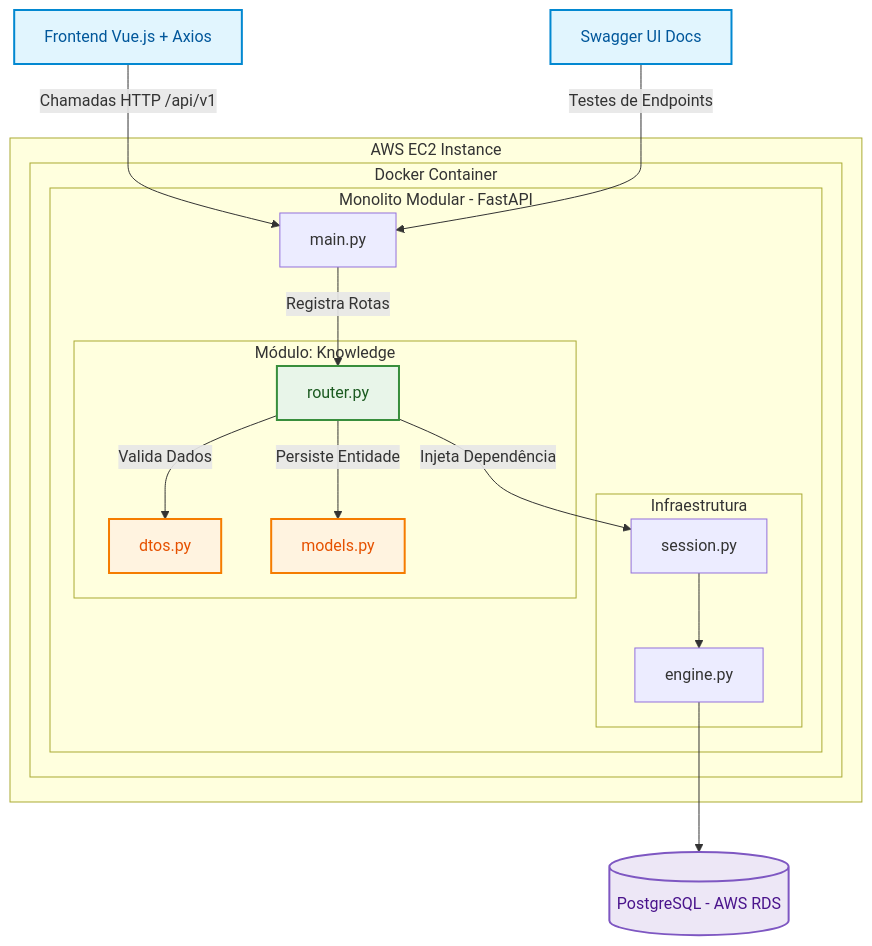
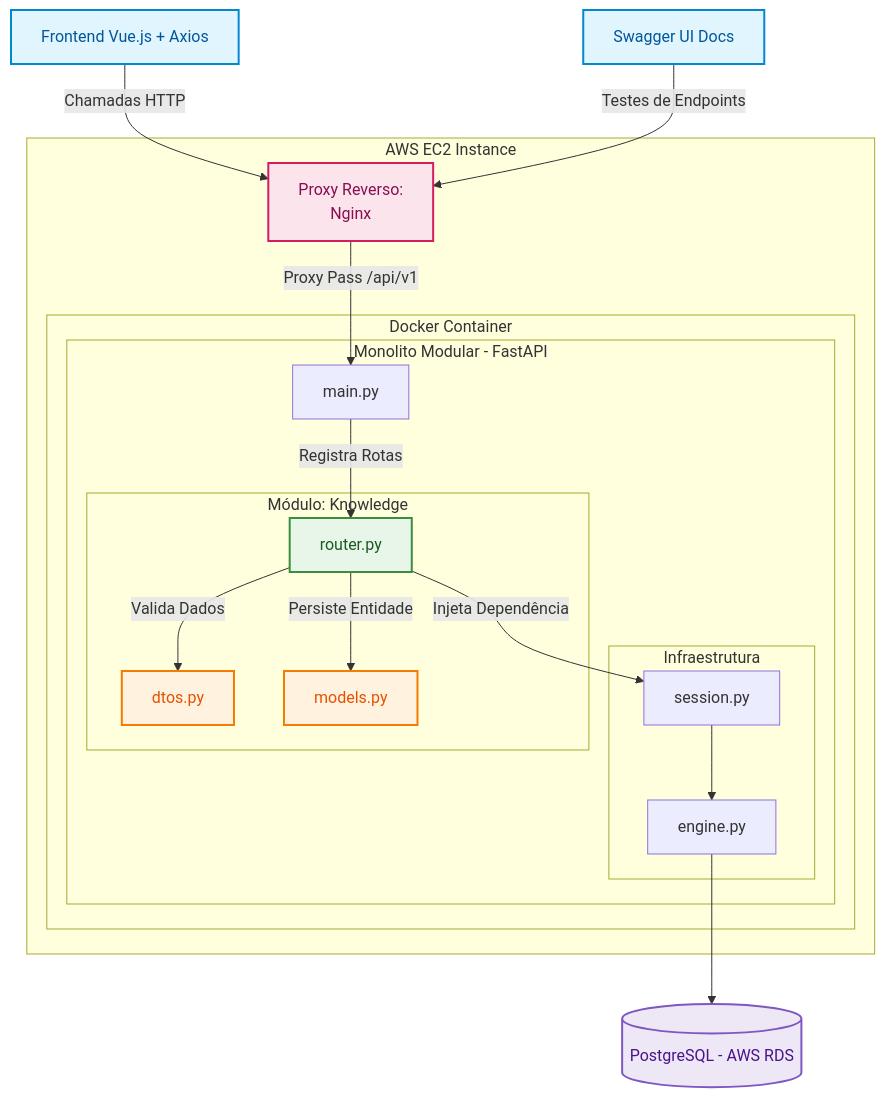
The diagram in README.md (rubensrabelo/MemoHub), drawn with Mermaid before and after one commit. The commit also changed other lines of this file, not shown here.

Commit message:
docs(infra): update root README to map monorepo layout and integrate Nginx web proxy into system architecture blueprint

````diff
--- a/README.md
+++ b/README.md
@@ -46,41 +63,44 @@
 ```mermaid
 graph TD
     classDef client fill:#e1f5fe,stroke:#0288d1,stroke-width:2px,color:#01579b;
     classDef router fill:#e8f5e9,stroke:#388e3c,stroke-width:2px,color:#1b5a20;
     classDef domain fill:#fff3e0,stroke:#f57c00,stroke-width:2px,color:#e65100;
     classDef db fill:#ede7f6,stroke:#7e57c2,stroke-width:2px,color:#4a148c;
-    classDef infra fill:#f5f5f5,stroke:#9e9e9e,stroke-width:2px,color:#212121;
+    classDef proxy fill:#fce4ec,stroke:#d81b60,stroke-width:2px,color:#880e4f;
 
     Frontend[Frontend Vue.js + Axios]:::client
     Swagger[Swagger UI Docs]:::client
 
     subgraph AWS_EC2 [AWS EC2 Instance]
+        Nginx[Proxy Reverso:<br/>Nginx]:::proxy
+
         subgraph Docker_Container [Docker Container]
             subgraph Backend_FastAPI [Monolito Modular - FastAPI]
                 Main[main.py]
                 
                 subgraph Infra_DB [Infraestrutura]
                     Engine[engine.py]
                     Session[session.py]
                 end
 
                 subgraph Module_Knowledge [Módulo: Knowledge]
                     Router[router.py]:::router
                     DTOs[dtos.py]:::domain
                     Models[models.py]:::domain
                 end
             end
         end
     end
 
     Postgres[(PostgreSQL - AWS RDS)]:::db
 
-    Frontend -->|Chamadas HTTP /api/v1| Main
-    Swagger -->|Testes de Endpoints| Main
+    Frontend -->|Chamadas HTTP| Nginx
+    Swagger -->|Testes de Endpoints| Nginx
+    Nginx -->|Proxy Pass /api/v1| Main
     Main -->|Registra Rotas| Router
     Router -->|Injeta Dependência| Session
     Router -->|Valida Dados| DTOs
     Router -->|Persiste Entidade| Models
     Session --> Engine
     Engine --> Postgres
 ```
````
